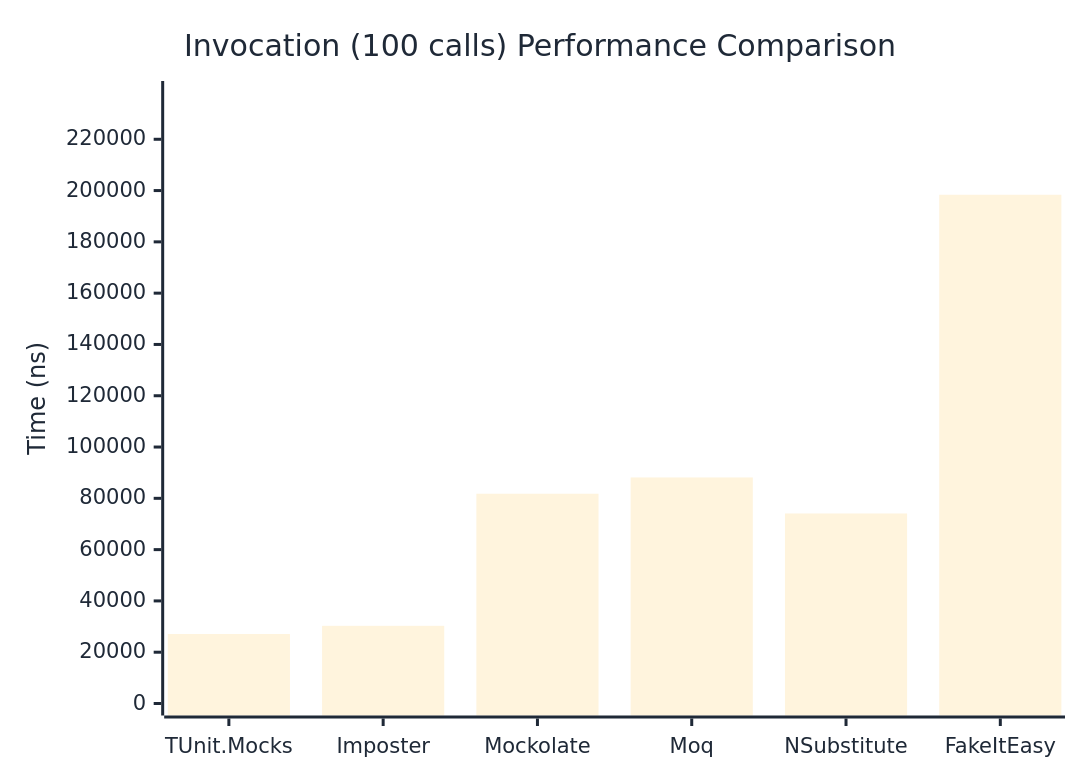
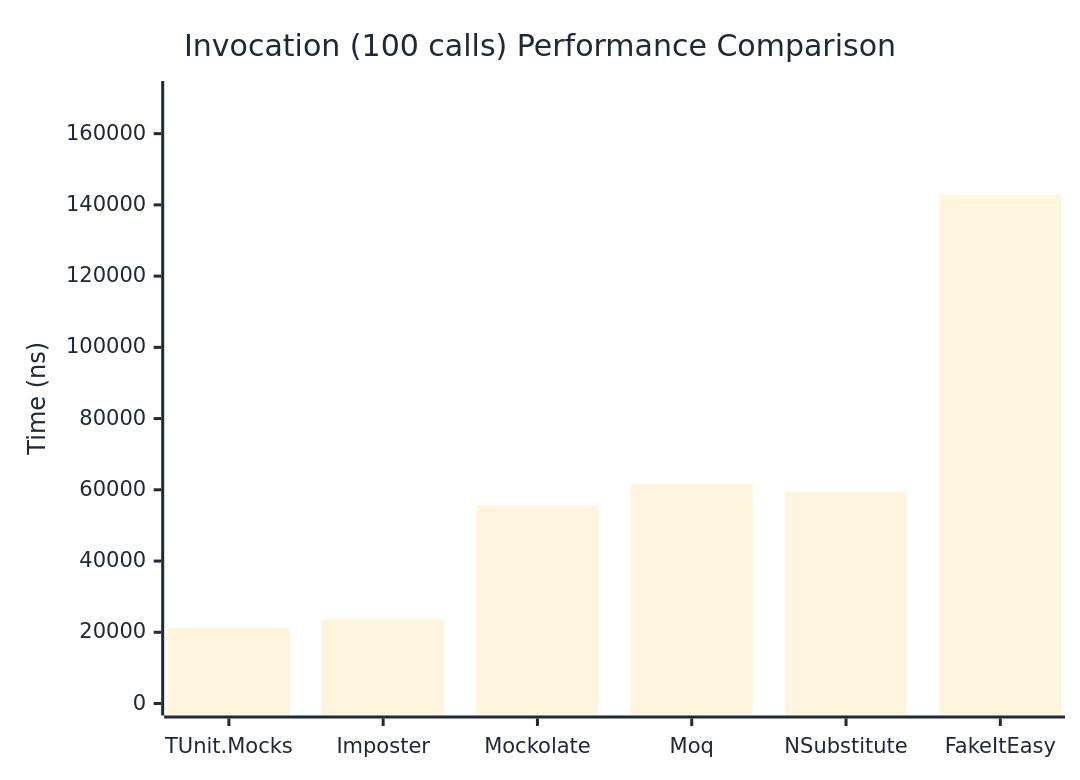
Before and after one commit to thomhurst/TUnit: the third of 3 diagrams in docs/docs/benchmarks/mocks/Invocation.md, drawn with Mermaid. The commit also changed other lines of this file and 14 other files, not shown here.

````diff
--- a/docs/docs/benchmarks/mocks/Invocation.md
+++ b/docs/docs/benchmarks/mocks/Invocation.md
@@ -110,27 +110,27 @@
 ```mermaid
 %%{init: {
   'theme':'base',
   'themeVariables': {
     'primaryColor': '#2563eb',
     'primaryTextColor': '#1f2937',
     'primaryBorderColor': '#1e40af',
     'lineColor': '#6b7280',
     'secondaryColor': '#7c3aed',
     'tertiaryColor': '#dc2626',
     'background': '#ffffff',
     'pie1': '#2563eb',
     'pie2': '#7c3aed',
     'pie3': '#dc2626',
     'pie4': '#f59e0b',
     'pie5': '#10b981',
     'pie6': '#06b6d4',
     'pie7': '#ec4899',
     'pie8': '#6366f1'
   }
 }}%%
 xychart-beta
   title "Invocation (100 calls) Performance Comparison"
   x-axis ["TUnit.Mocks", "Imposter", "Mockolate", "Moq", "NSubstitute", "FakeItEasy"]
-  y-axis "Time (ns)" 0 --> 238043
-  bar [27086.2, 30284.6, 81795.1, 88144.6, 74097, 198368.9]
+  y-axis "Time (ns)" 0 --> 171419
+  bar [21128.7, 23614.7, 55636.6, 61691.8, 59428.5, 142848.5]
 ```
````
